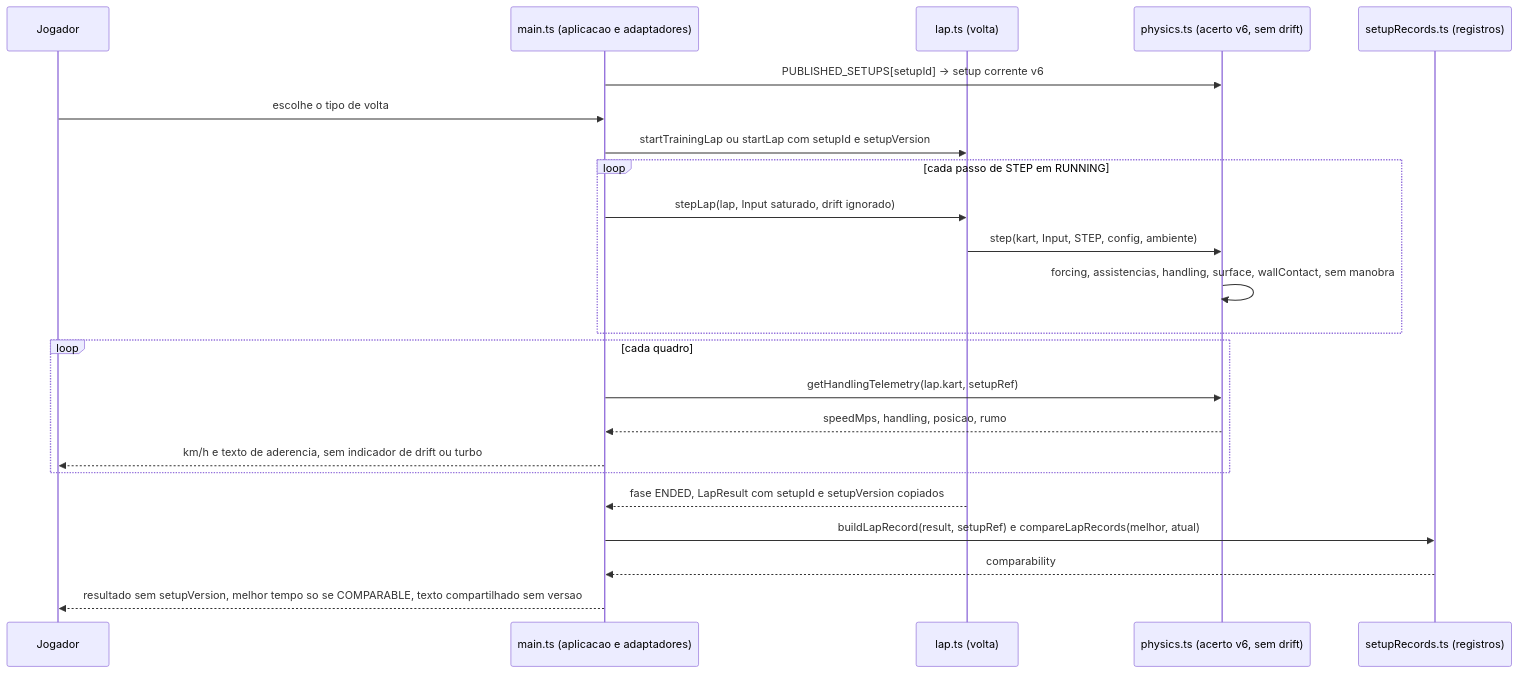
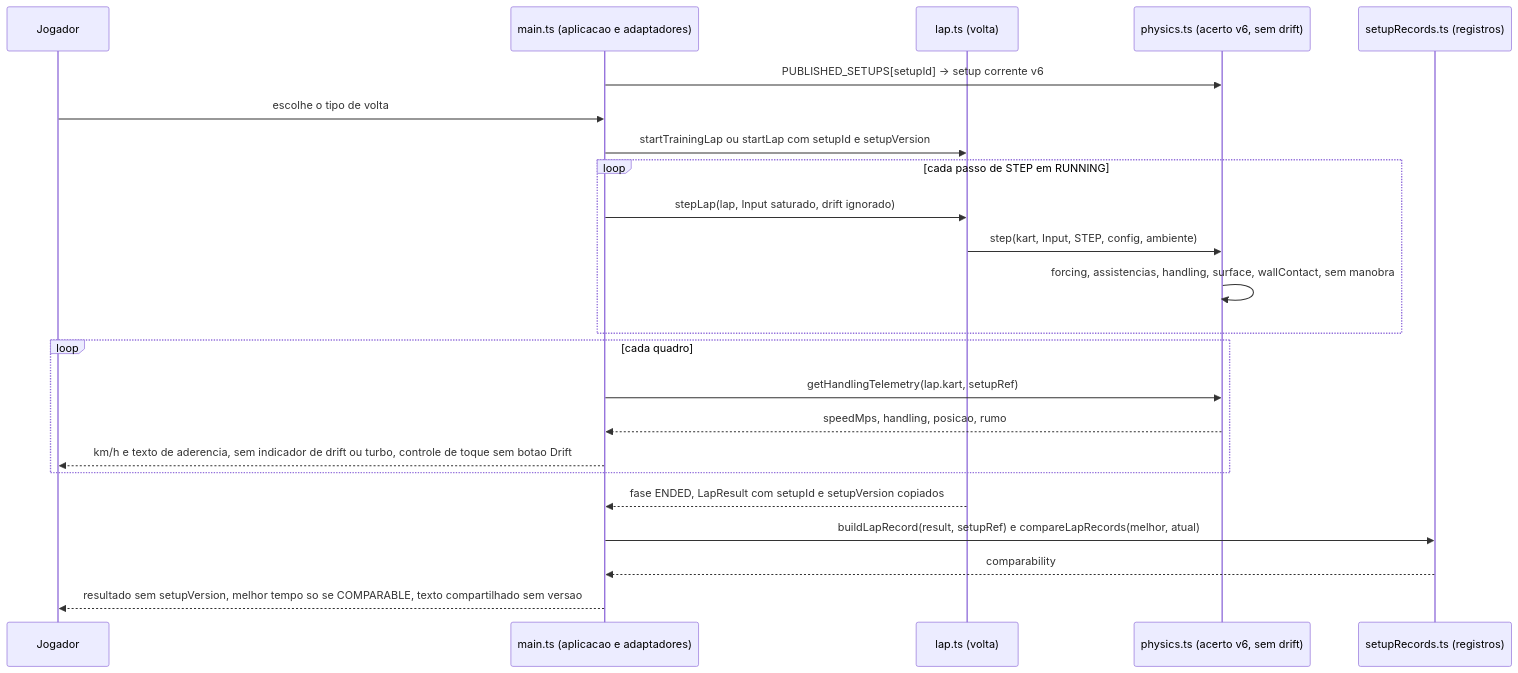
Before and after one commit to edumatosr6-svg/kartle-staging: the first of 2 diagrams in 300 Specs/330 D-Specs/Output/dirigibilidade/01-architecture.md, drawn with Mermaid. The commit also changed other lines of this file and 11 other files, not shown here.

Commit message:
dirigibilidade: D-Spec revalidado (DES-0009: drift fora da tela inicial, dica, guia e botão de toque)

````diff
--- a/300 Specs/330 D-Specs/Output/dirigibilidade/01-architecture.md
+++ b/300 Specs/330 D-Specs/Output/dirigibilidade/01-architecture.md
@@ -131,25 +139,25 @@
 ```mermaid
 sequenceDiagram
     participant J as Jogador
     participant M as main.ts (aplicacao e adaptadores)
     participant L as lap.ts (volta)
     participant P as physics.ts (acerto v6, sem drift)
     participant R as setupRecords.ts (registros)
     M->>P: PUBLISHED_SETUPS[setupId] -> setup corrente v6
     J->>M: escolhe o tipo de volta
     M->>L: startTrainingLap ou startLap com setupId e setupVersion
     loop cada passo de STEP em RUNNING
         M->>L: stepLap(lap, Input saturado, drift ignorado)
         L->>P: step(kart, Input, STEP, config, ambiente)
         P->>P: forcing, assistencias, handling, surface, wallContact, sem manobra
     end
     loop cada quadro
         M->>P: getHandlingTelemetry(lap.kart, setupRef)
         P-->>M: speedMps, handling, posicao, rumo
-        M-->>J: km/h e texto de aderencia, sem indicador de drift ou turbo
+        M-->>J: km/h e texto de aderencia, sem indicador de drift ou turbo, controle de toque sem botao Drift
     end
     L-->>M: fase ENDED, LapResult com setupId e setupVersion copiados
     M->>R: buildLapRecord(result, setupRef) e compareLapRecords(melhor, atual)
     R-->>M: comparability
     M-->>J: resultado sem setupVersion, melhor tempo so se COMPARABLE, texto compartilhado sem versao
 ```
````
